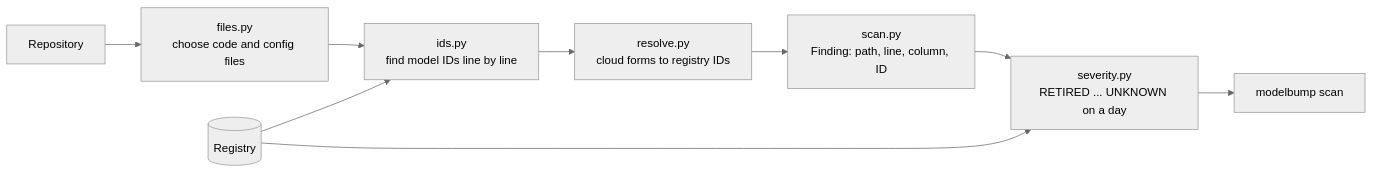
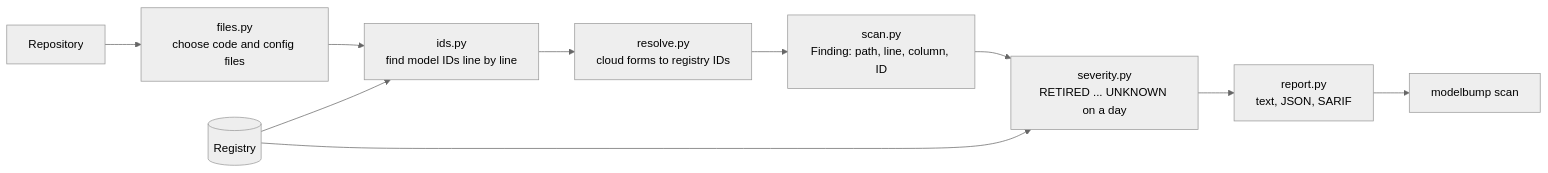
The diagram in docs/architecture/scanner.md (actions-marketplace-validations/imhammad_modelbump), drawn with Mermaid (neutral theme) before and after one commit. The commit also changed other lines of this file and 7 other files, not shown here.

Commit message:
feat(scanner): JSON and SARIF reports (#42)

````diff
--- a/docs/architecture/scanner.md
+++ b/docs/architecture/scanner.md
@@ -7,11 +7,12 @@
 ```mermaid
 flowchart LR
     repo[Repository] --> files[files.py<br/>choose code and config files]
     files --> ids[ids.py<br/>find model IDs line by line]
     registry[(Registry)] --> ids
     ids --> resolve[resolve.py<br/>cloud forms to registry IDs]
     resolve --> scan[scan.py<br/>Finding: path, line, column, ID]
     scan --> severity[severity.py<br/>RETIRED ... UNKNOWN on a day]
     registry --> severity
-    severity --> cli[modelbump scan]
+    severity --> report[report.py<br/>text, JSON, SARIF]
+    report --> cli[modelbump scan]
 ```
````
